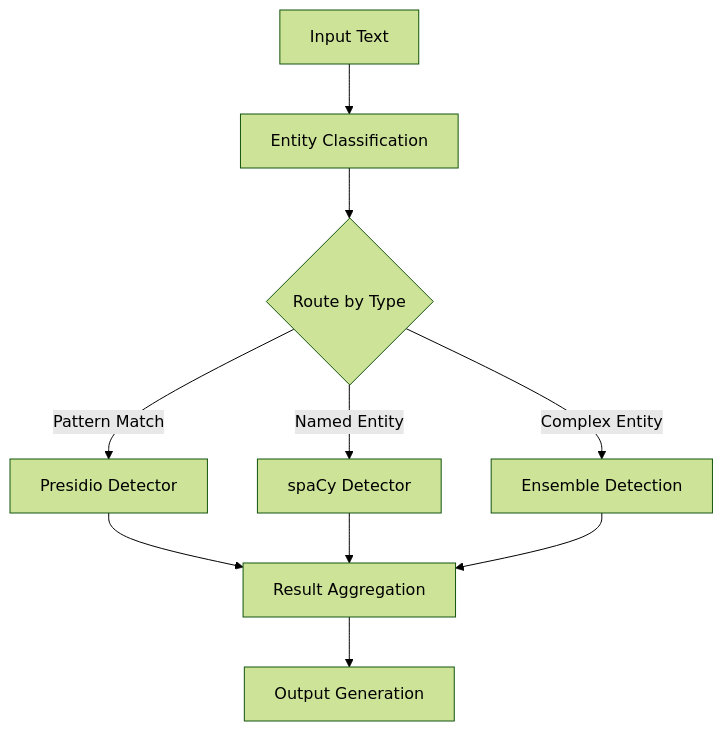
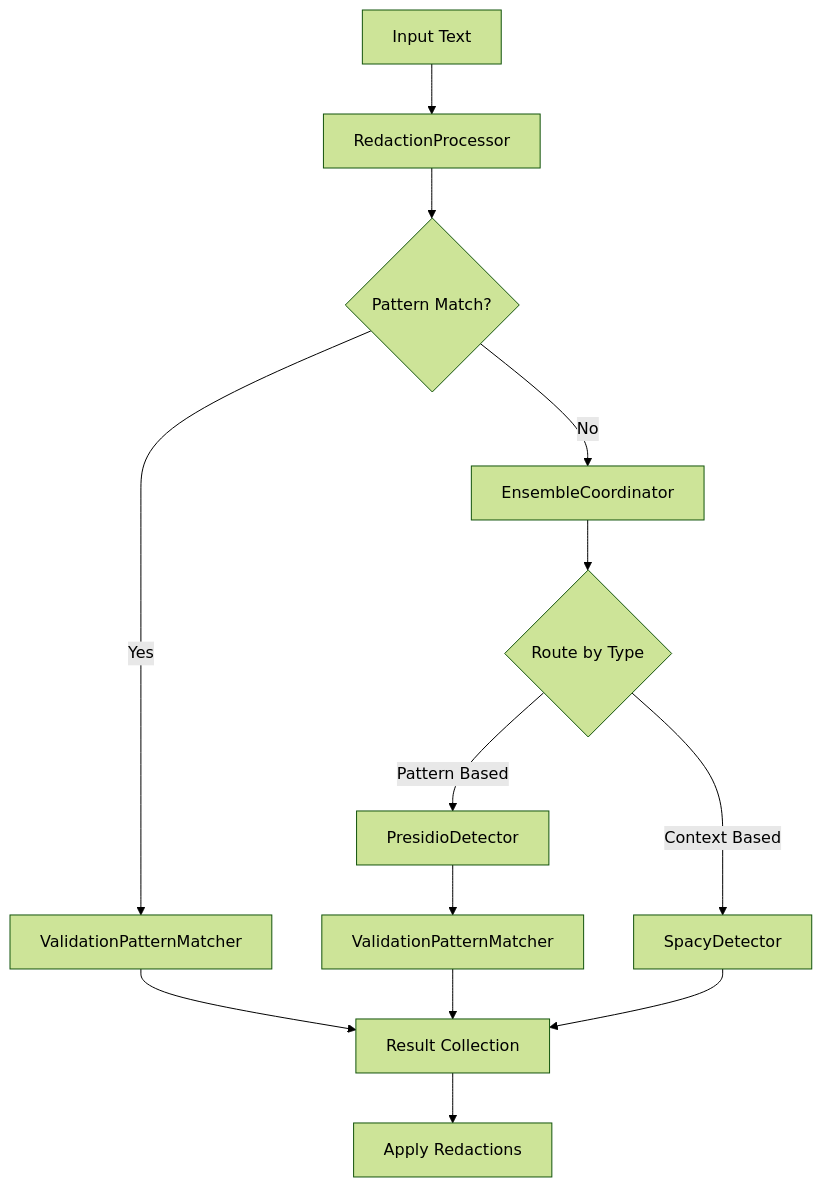
The diagram in redaction_system_architecture.md (brockwebb/resume_transcript_redaction), drawn with Mermaid (forest theme) before and after one commit. The commit also changed other lines of this file, not shown here.

First line of the commit message:
Update redaction_system_architecture.md

````diff
--- a/redaction_system_architecture.md
+++ b/redaction_system_architecture.md
@@ -97,12 +131,15 @@
-   ```mermaid
-   graph TD
-       A[Input Text] --> B[Entity Classification]
-       B --> C{Route by Type}
-       C -->|Pattern Match| D[Presidio Detector]
-       C -->|Named Entity| E[spaCy Detector]
-       C -->|Complex Entity| F[Ensemble Detection]
-       D --> G[Result Aggregation]
-       E --> G
-       F --> G
-       G --> H[Output Generation]
-   ```
+```mermaid
+graph TD
+    A[Input Text] --> B[RedactionProcessor]
+    B --> C{Pattern Match?}
+    C -->|Yes| D[ValidationPatternMatcher]
+    C -->|No| E[EnsembleCoordinator]
+    E --> F{Route by Type}
+    F -->|Pattern Based| G[PresidioDetector]
+    F -->|Context Based| H[SpacyDetector]
+    G --> I[ValidationPatternMatcher]
+    D --> J[Result Collection]
+    I --> J
+    H --> J
+    J --> K[Apply Redactions]
+```
````
